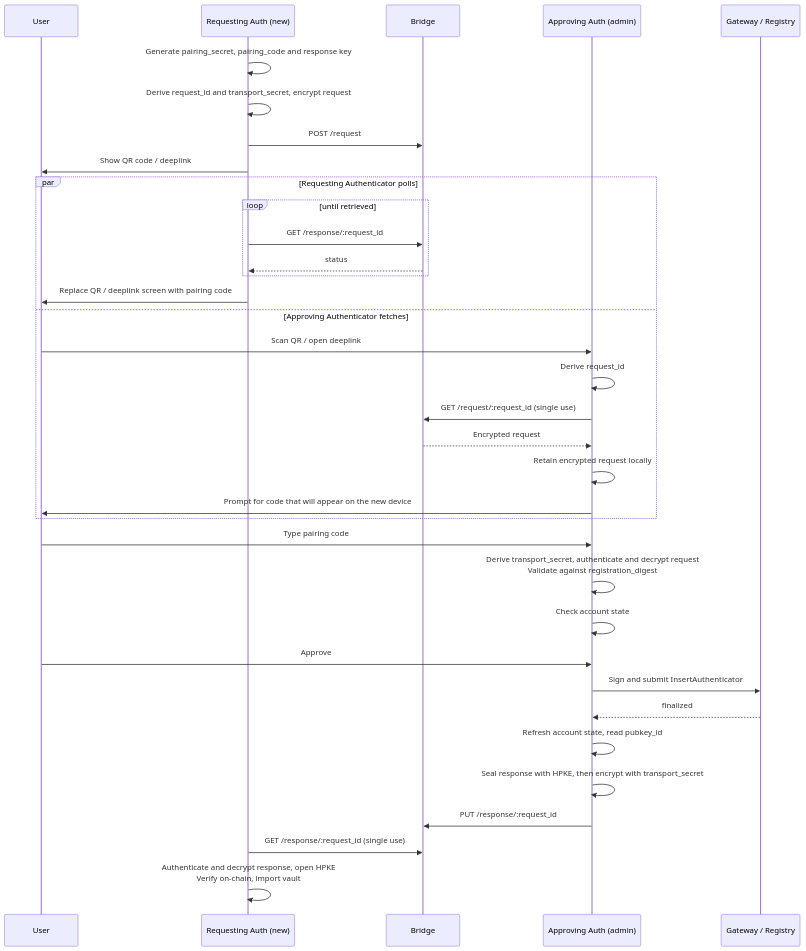
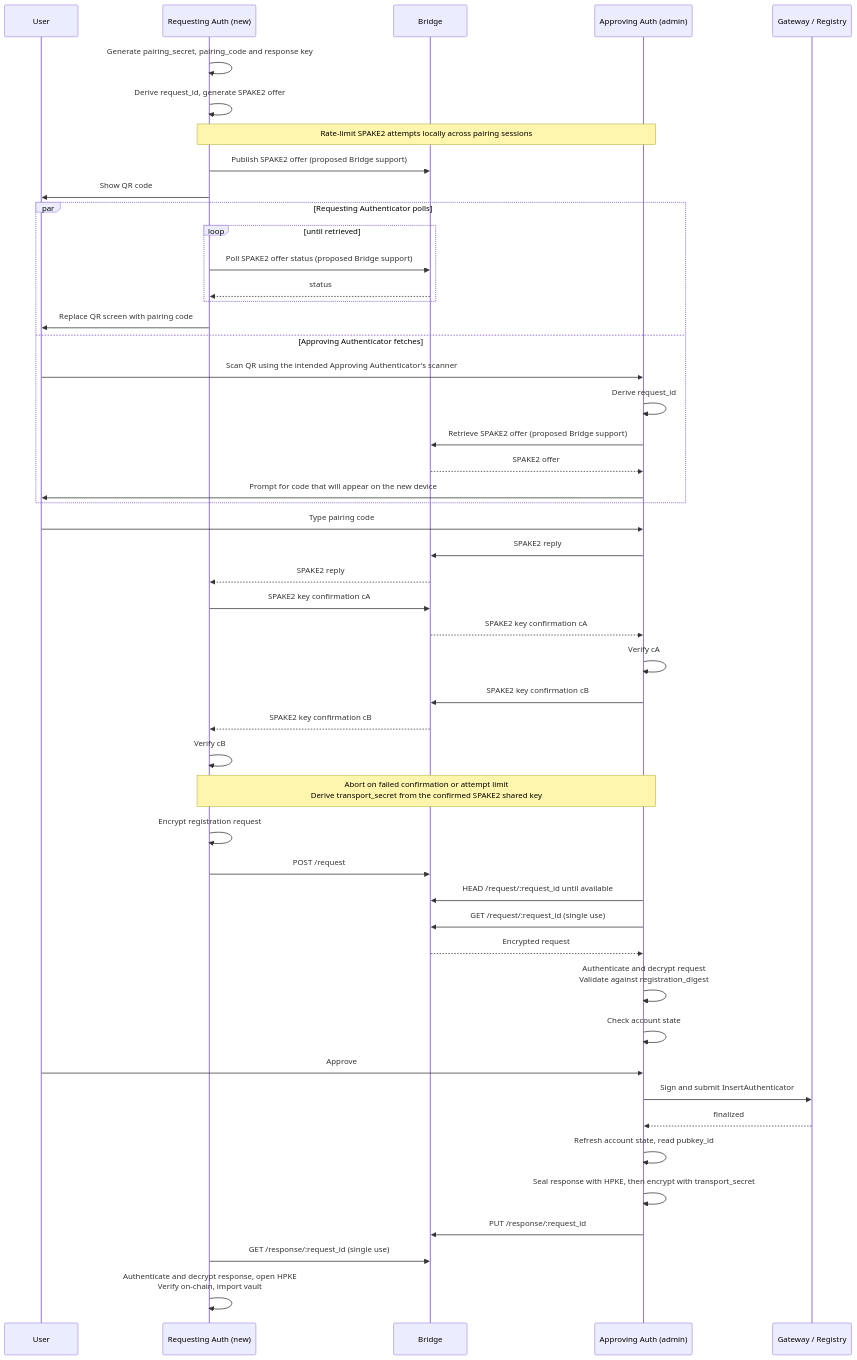
The diagram in docs/WIPs/wip-109.md (worldcoin/world-id-protocol), drawn with Mermaid before and after one commit. The commit also changed other lines of this file and 1 other file, not shown here.

````diff
--- a/docs/WIPs/wip-109.md
+++ b/docs/WIPs/wip-109.md
@@ -47,38 +49,52 @@
 ```mermaid
 sequenceDiagram
     participant u as User
     participant r as Requesting Auth (new)
     participant b as Bridge
     participant a as Approving Auth (admin)
     participant g as Gateway / Registry
 
     r->>r: Generate pairing_secret, pairing_code and response key
-    r->>r: Derive request_id and transport_secret, encrypt request
-    r->>b: POST /request
-    r->>u: Show QR code / deeplink
+    r->>r: Derive request_id, generate SPAKE2 offer
+    Note over r,a: Rate-limit SPAKE2 attempts locally across pairing sessions
+    r->>b: Publish SPAKE2 offer (proposed Bridge support)
+    r->>u: Show QR code
     par Requesting Authenticator polls
         loop until retrieved
-            r->>b: GET /response/:request_id
+            r->>b: Poll SPAKE2 offer status (proposed Bridge support)
             b-->>r: status
         end
-        r->>u: Replace QR / deeplink screen with pairing code
+        r->>u: Replace QR screen with pairing code
     and Approving Authenticator fetches
-        u->>a: Scan QR / open deeplink
+        u->>a: Scan QR using the intended Approving Authenticator's scanner
         a->>a: Derive request_id
-        a->>b: GET /request/:request_id (single use)
-        b-->>a: Encrypted request
-        a->>a: Retain encrypted request locally
+        a->>b: Retrieve SPAKE2 offer (proposed Bridge support)
+        b-->>a: SPAKE2 offer
         a->>u: Prompt for code that will appear on the new device
     end
     u->>a: Type pairing code
-    a->>a: Derive transport_secret, authenticate and decrypt request<br/>Validate against registration_digest
+    a->>b: SPAKE2 reply
+    b-->>r: SPAKE2 reply
+    r->>b: SPAKE2 key confirmation cA
+    b-->>a: SPAKE2 key confirmation cA
+    a->>a: Verify cA
+    a->>b: SPAKE2 key confirmation cB
+    b-->>r: SPAKE2 key confirmation cB
+    r->>r: Verify cB
+    Note over r,a: Abort on failed confirmation or attempt limit<br/>Derive transport_secret from the confirmed SPAKE2 shared key
+    r->>r: Encrypt registration request
+    r->>b: POST /request
+    a->>b: HEAD /request/:request_id until available
+    a->>b: GET /request/:request_id (single use)
+    b-->>a: Encrypted request
+    a->>a: Authenticate and decrypt request<br/>Validate against registration_digest
     a->>a: Check account state
     u->>a: Approve
     a->>g: Sign and submit InsertAuthenticator
     g-->>a: finalized
     a->>a: Refresh account state, read pubkey_id
     a->>a: Seal response with HPKE, then encrypt with transport_secret
     a->>b: PUT /response/:request_id
     r->>b: GET /response/:request_id (single use)
     r->>r: Authenticate and decrypt response, open HPKE<br/>Verify on-chain, import vault
 ```
````
